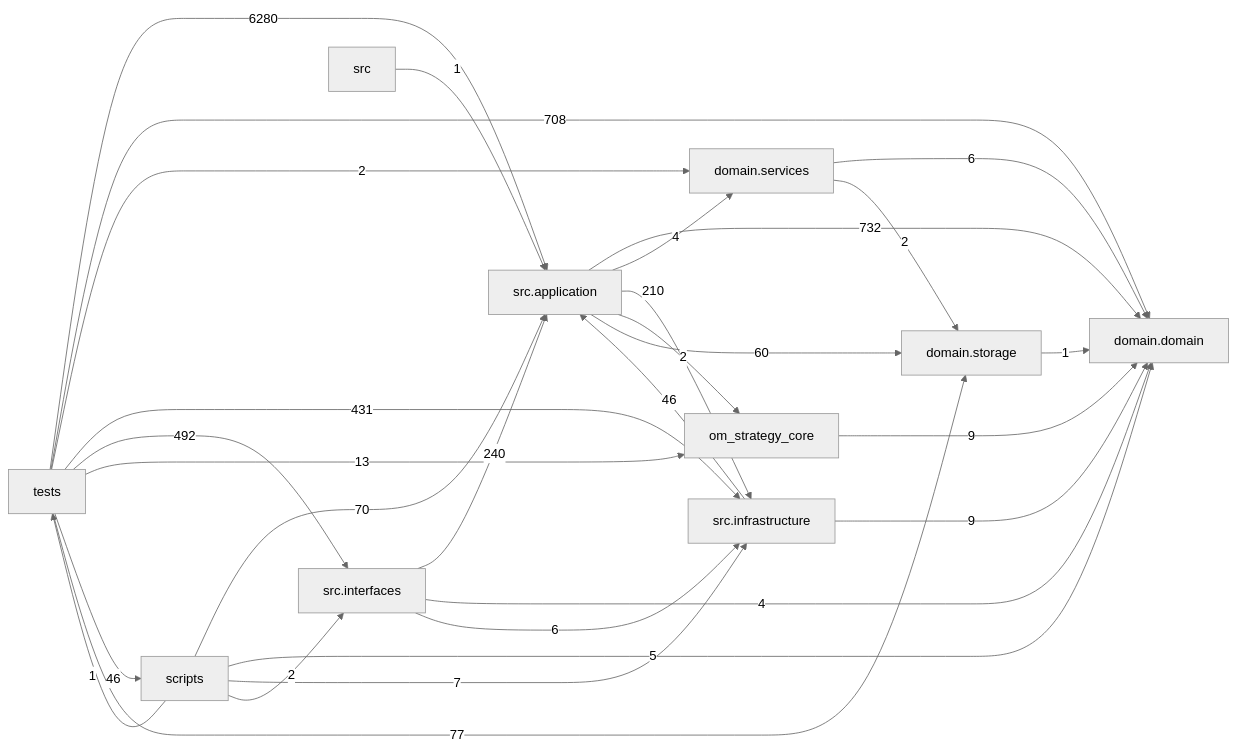
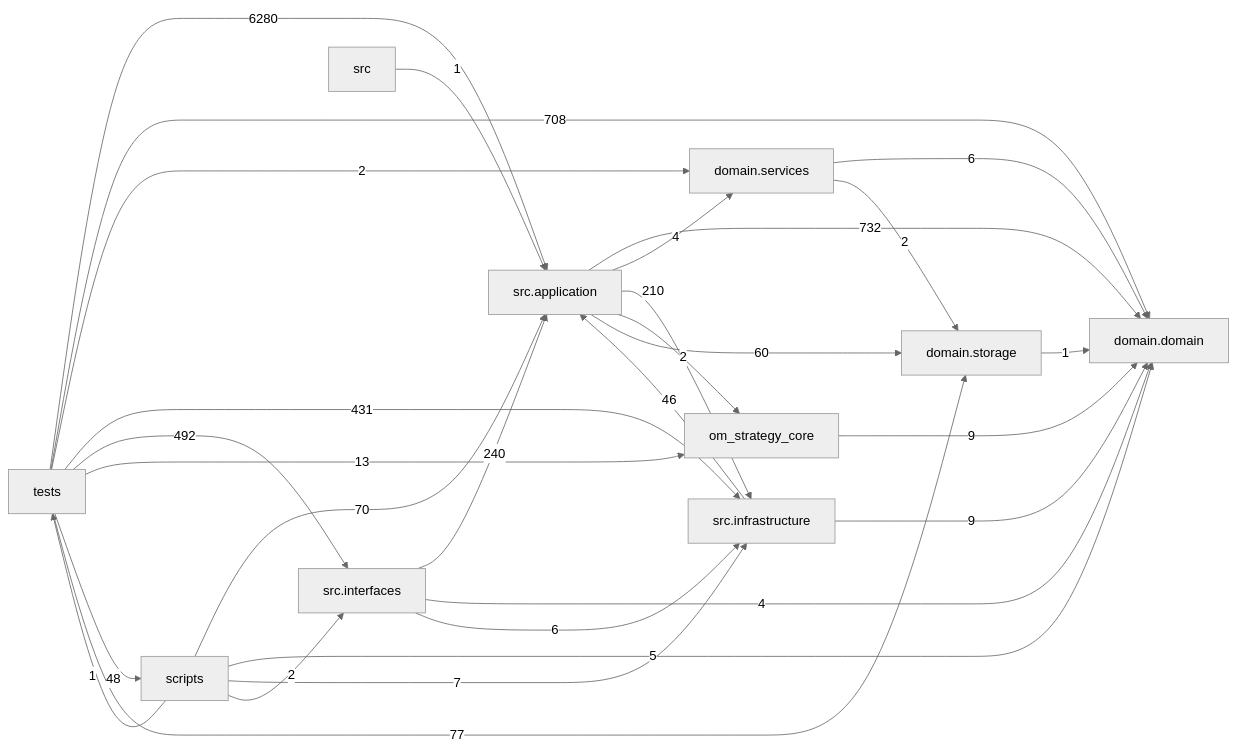
The diagram in docs/DEPENDENCY_GRAPH.md (liuxie066/options-monitor), drawn with Mermaid (neutral theme) before and after one commit. The commit also changed other lines of this file and 3 other files, not shown here.

````diff
--- a/docs/DEPENDENCY_GRAPH.md
+++ b/docs/DEPENDENCY_GRAPH.md
@@ -24,39 +24,39 @@
 ```mermaid
 flowchart LR
   tests["tests"]
   scripts["scripts"]
   interfaces["src.interfaces"]
   application["src.application"]
   infrastructure["src.infrastructure"]
   domain_services["domain.services"]
   domain["domain.domain"]
   storage["domain.storage"]
   application -->|732| domain
   application -->|4| domain_services
   application -->|210| infrastructure
   application -->|2| om_strategy_core
   application -->|60| storage
   domain_services -->|6| domain
   domain_services -->|2| storage
   infrastructure -->|46| application
   infrastructure -->|9| domain
   interfaces -->|240| application
   interfaces -->|4| domain
   interfaces -->|6| infrastructure
   om_strategy_core -->|9| domain
   scripts -->|70| application
   scripts -->|5| domain
   scripts -->|7| infrastructure
   scripts -->|2| interfaces
   scripts -->|1| tests
   src -->|1| application
   storage -->|1| domain
   tests -->|6280| application
   tests -->|708| domain
   tests -->|2| domain_services
   tests -->|431| infrastructure
   tests -->|492| interfaces
   tests -->|13| om_strategy_core
-  tests -->|46| scripts
+  tests -->|48| scripts
   tests -->|77| storage
 ```
````
